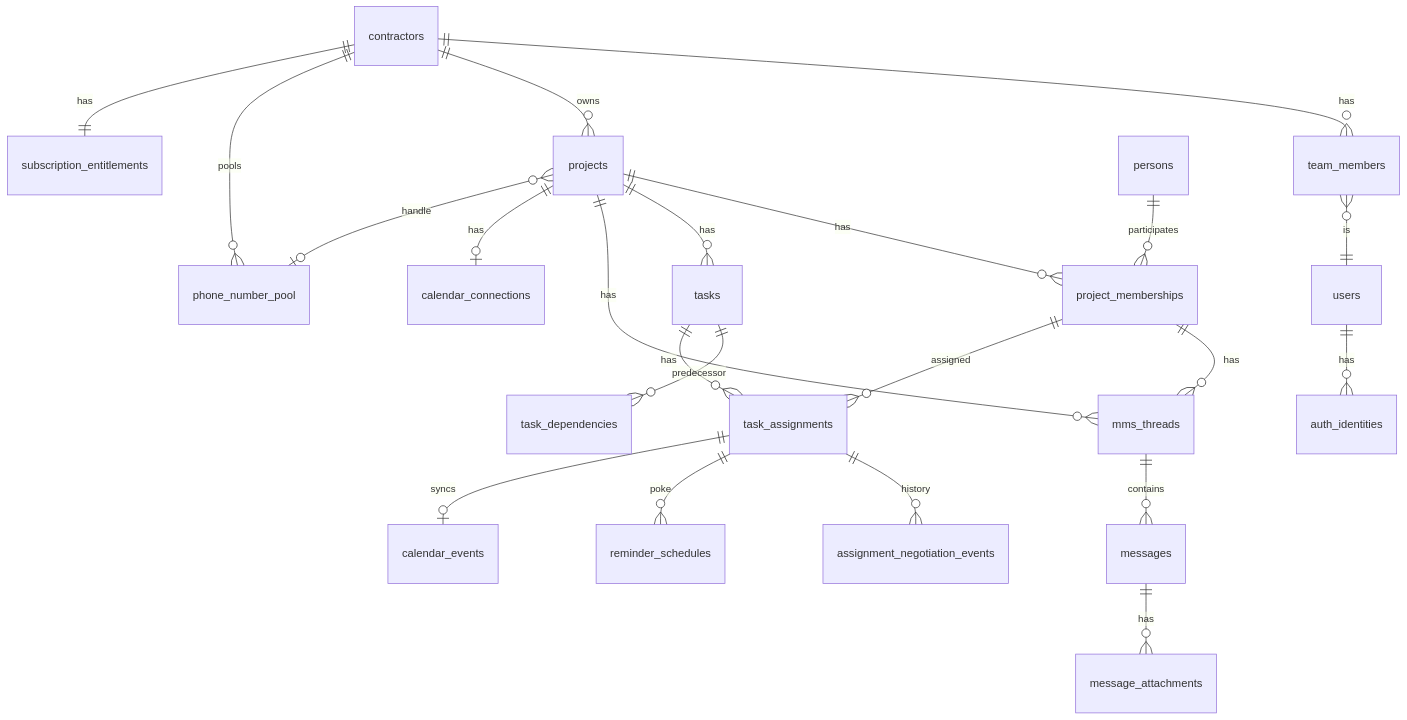
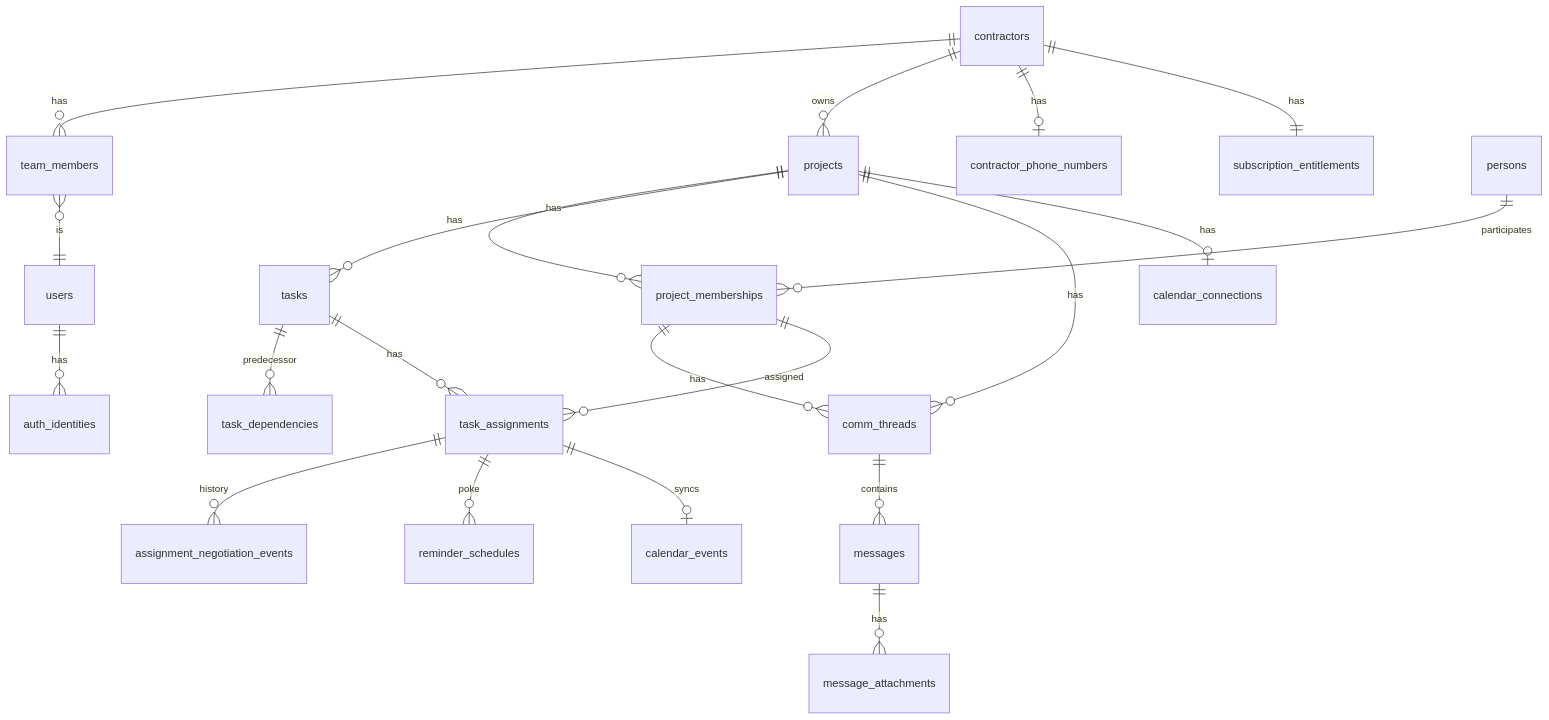
The third of 5 diagrams in docs/planning-artifacts/architecture-v0.1.md (tlatourelle/ContractorPro), drawn with Mermaid before and after one commit. The commit also changed other lines of this file and 48 other files, not shown here.

````diff
--- a/docs/planning-artifacts/architecture-v0.1.md
+++ b/docs/planning-artifacts/architecture-v0.1.md
@@ -410,30 +396,29 @@
 ```mermaid
 erDiagram
   contractors ||--o{ team_members : has
   contractors ||--o{ projects : owns
-  contractors ||--o{ phone_number_pool : pools
+  contractors ||--o| contractor_phone_numbers : has
   contractors ||--|| subscription_entitlements : has
 
   team_members }o--|| users : is
   users ||--o{ auth_identities : has
 
   projects ||--o{ project_memberships : has
   projects ||--o{ tasks : has
-  projects ||--o{ mms_threads : has
+  projects ||--o{ comm_threads : has
   projects ||--o| calendar_connections : has
-  projects }o--o| phone_number_pool : handle
 
   persons ||--o{ project_memberships : participates
-  project_memberships ||--o{ mms_threads : has
+  project_memberships ||--o{ comm_threads : has
   project_memberships ||--o{ task_assignments : assigned
 
   tasks ||--o{ task_dependencies : predecessor
   tasks ||--o{ task_assignments : has
   task_assignments ||--o{ assignment_negotiation_events : history
   task_assignments ||--o{ reminder_schedules : poke
 
-  mms_threads ||--o{ messages : contains
+  comm_threads ||--o{ messages : contains
   messages ||--o{ message_attachments : has
 
   task_assignments ||--o| calendar_events : syncs
 ```
````
